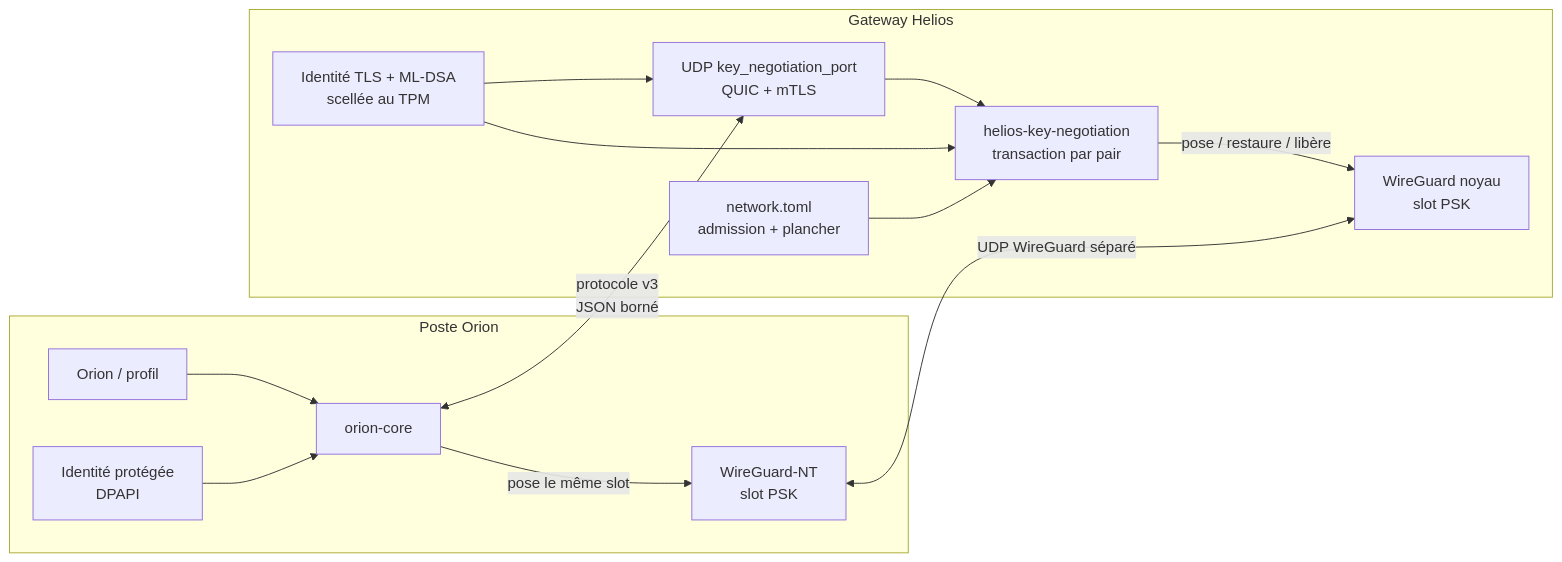
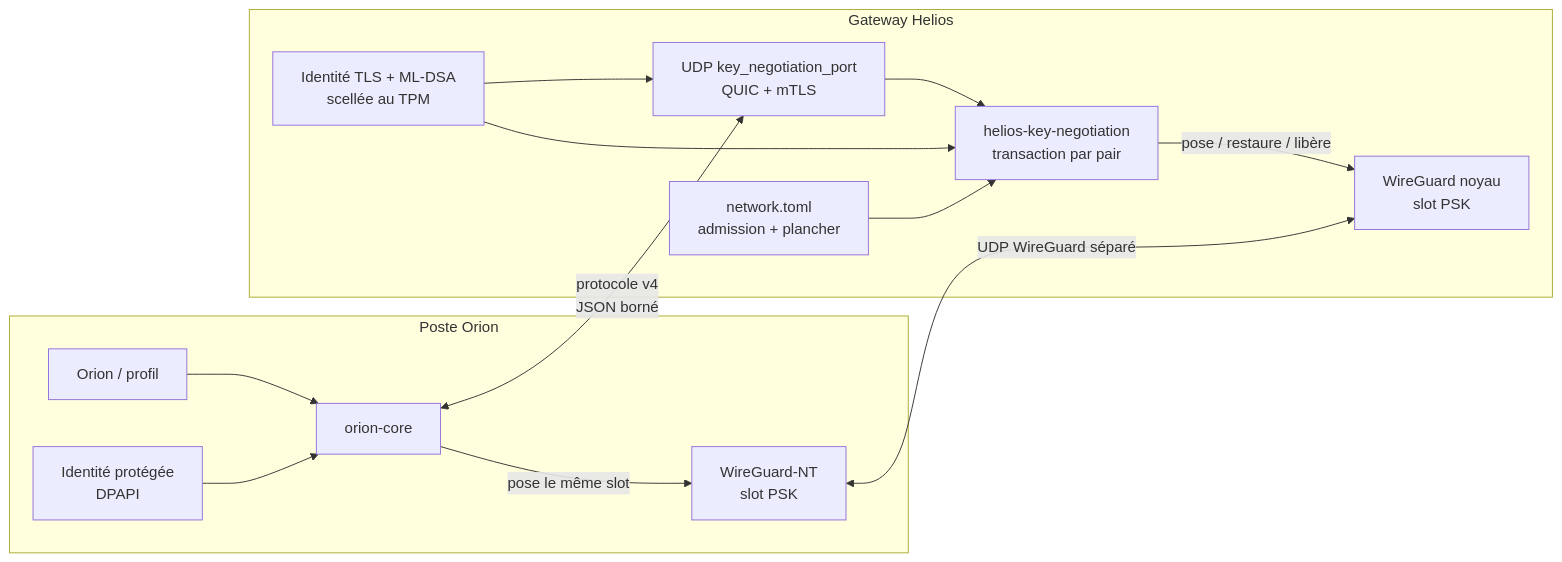
One commit to atxme/helios changed the first of 4 diagrams in docs/adr/ADR-005-NEGOCIATION-DE-CLE.md. Above: the diagram before and after it, drawn with Mermaid. The commit also changed other lines of this file and 67 other files, not shown here.

````diff
--- a/docs/adr/ADR-005-NEGOCIATION-DE-CLE.md
+++ b/docs/adr/ADR-005-NEGOCIATION-DE-CLE.md
@@ -44,28 +44,28 @@
 ```mermaid
 flowchart LR
     subgraph Poste["Poste Orion"]
         UI["Orion / profil"]
         Store["Identité protégée<br/>DPAPI"]
         Client["orion-core"]
         WGClient["WireGuard-NT<br/>slot PSK"]
     end
 
     subgraph Gateway["Gateway Helios"]
         Public["UDP key_negotiation_port<br/>QUIC + mTLS"]
         Handler["helios-key-negotiation<br/>transaction par pair"]
         WGServer["WireGuard noyau<br/>slot PSK"]
         Config["network.toml<br/>admission + plancher"]
         TPM["Identité TLS + ML-DSA<br/>scellée au TPM"]
     end
 
     UI --> Client
     Store --> Client
-    Client <-->|"protocole v3<br/>JSON borné"| Public
+    Client <-->|"protocole v4<br/>JSON borné"| Public
     Public --> Handler
     TPM --> Public
     TPM --> Handler
     Config --> Handler
     Handler -->|"pose / restaure / libère"| WGServer
     Client -->|"pose le même slot"| WGClient
     WGClient <-->|"UDP WireGuard séparé"| WGServer
 ```
````
